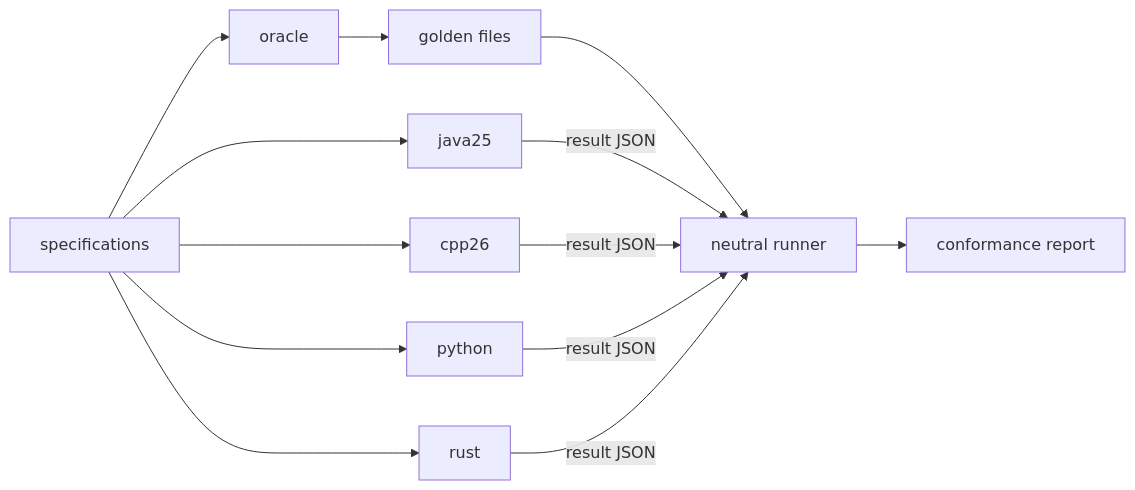
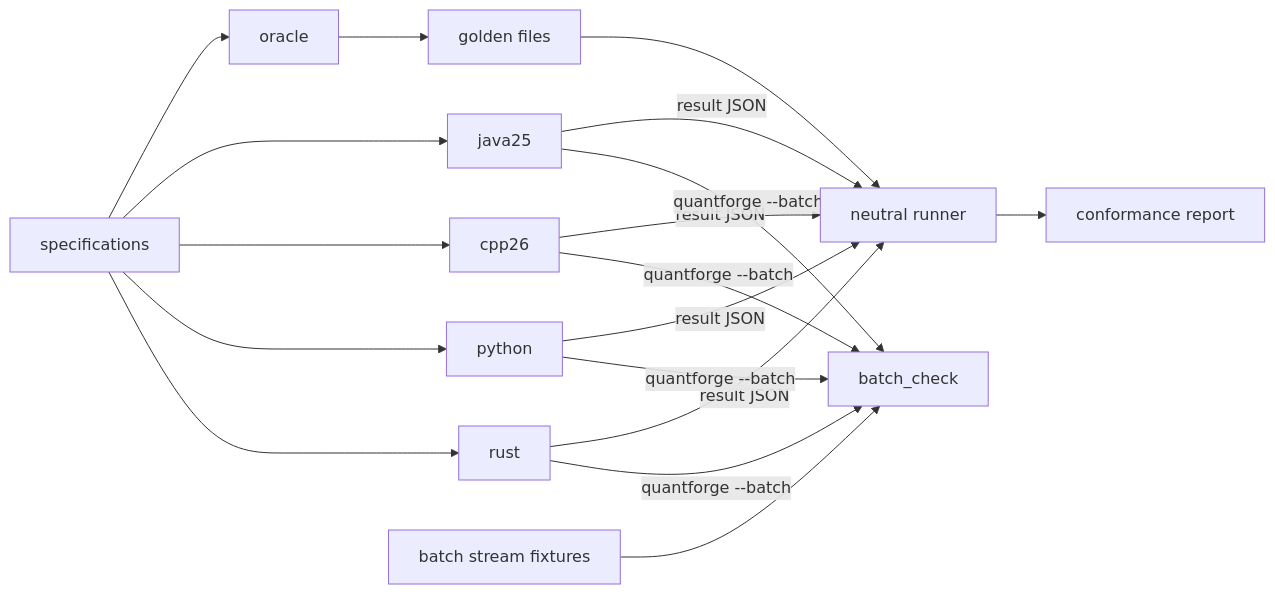
One commit to AshJha0/quantforge changed the first of 8 diagrams in docs/diagrams/README.md. Above: the diagram before and after it, drawn with Mermaid. The commit also changed other lines of this file and 12 other files, not shown here.

````diff
--- a/docs/diagrams/README.md
+++ b/docs/diagrams/README.md
@@ -7,9 +7,11 @@
 ```mermaid
 flowchart LR
   S[specifications] --> O[oracle]
   S --> J[java25] & C[cpp26] & P[python] & R[rust]
   O --> G[golden files]
   G --> N[neutral runner]
   J & C & P & R -->|result JSON| N
   N --> Rep[conformance report]
+  B[batch stream fixtures] --> BC[batch_check]
+  J & C & P & R -->|quantforge --batch| BC
 ```
````
